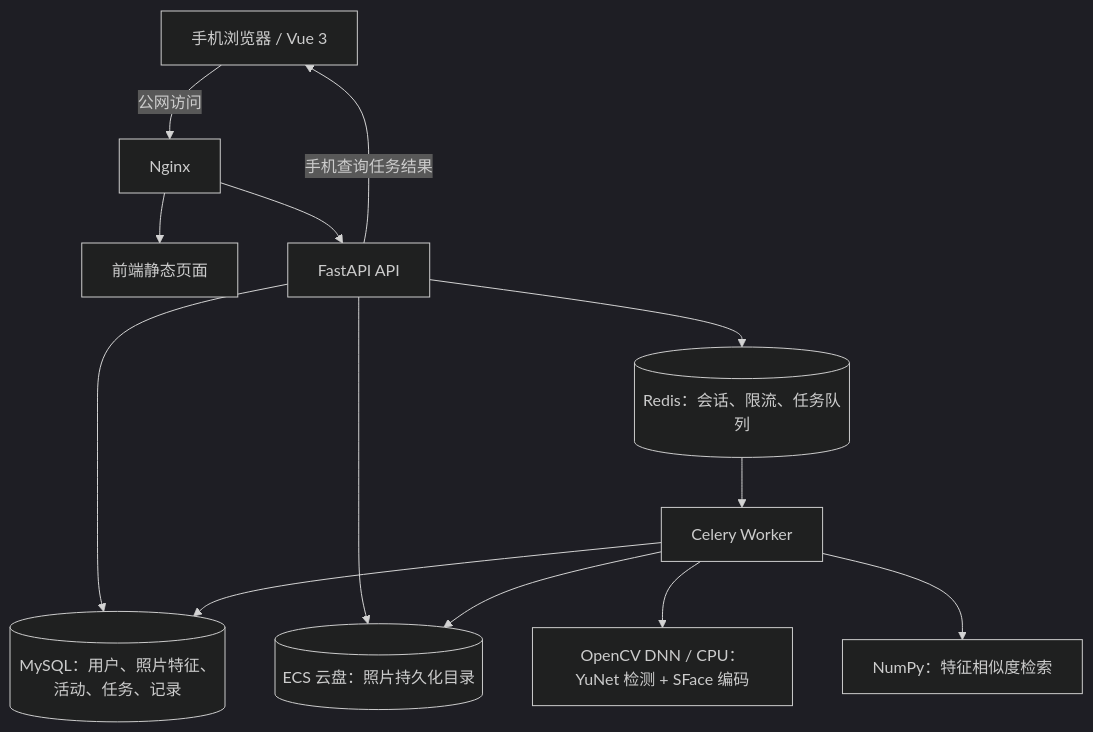
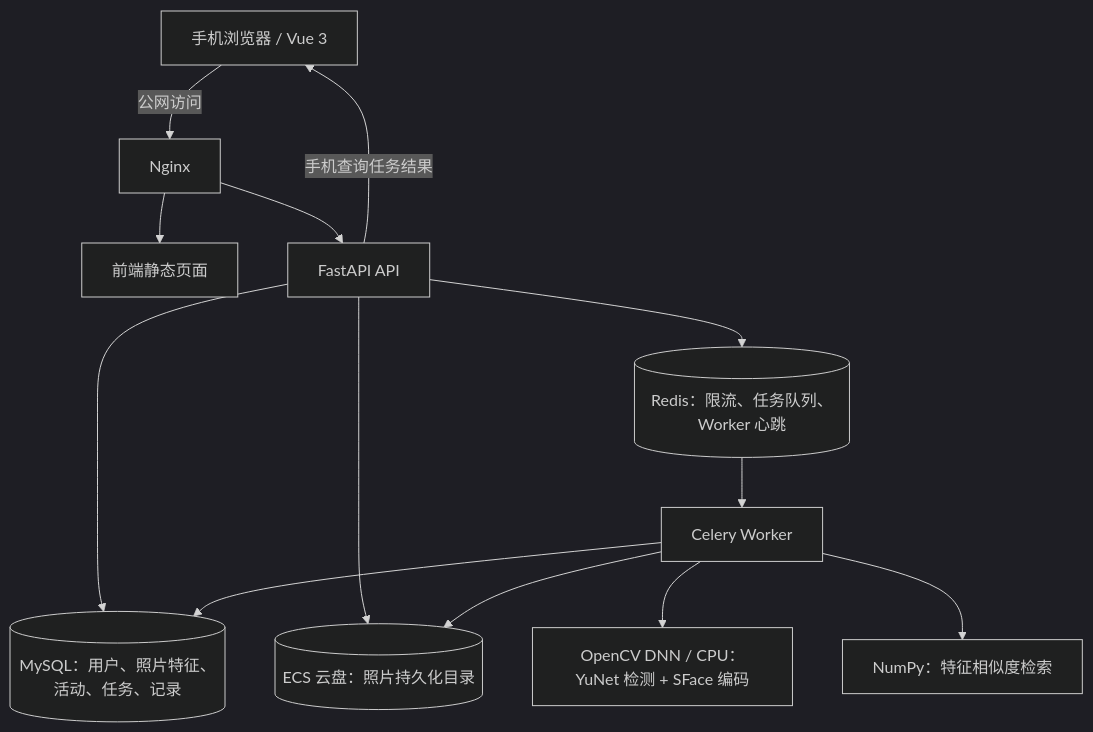
Before and after one commit to DuscWalk/Cloud-Computing: the diagram in docs/design.md, drawn with Mermaid (dark theme). The commit also changed other lines of this file and 6 other files, not shown here.

````diff
--- a/docs/design.md
+++ b/docs/design.md
@@ -15,15 +15,15 @@
 ```mermaid
 flowchart TD
     P[手机浏览器 / Vue 3] -->|公网访问| N[Nginx]
     N --> S[前端静态页面]
     N --> A[FastAPI API]
     A --> D[(MySQL：用户、照片特征、活动、任务、记录)]
     A --> O[(ECS 云盘：照片持久化目录)]
-    A --> R[(Redis：会话、限流、任务队列)]
+    A --> R[(Redis：限流、任务队列、Worker 心跳)]
     R --> W[Celery Worker]
     W --> M[OpenCV DNN / CPU：YuNet 检测 + SFace 编码]
     W --> V[NumPy：特征相似度检索]
     W --> D
     W --> O
     A -->|手机查询任务结果| P
 ```
````
